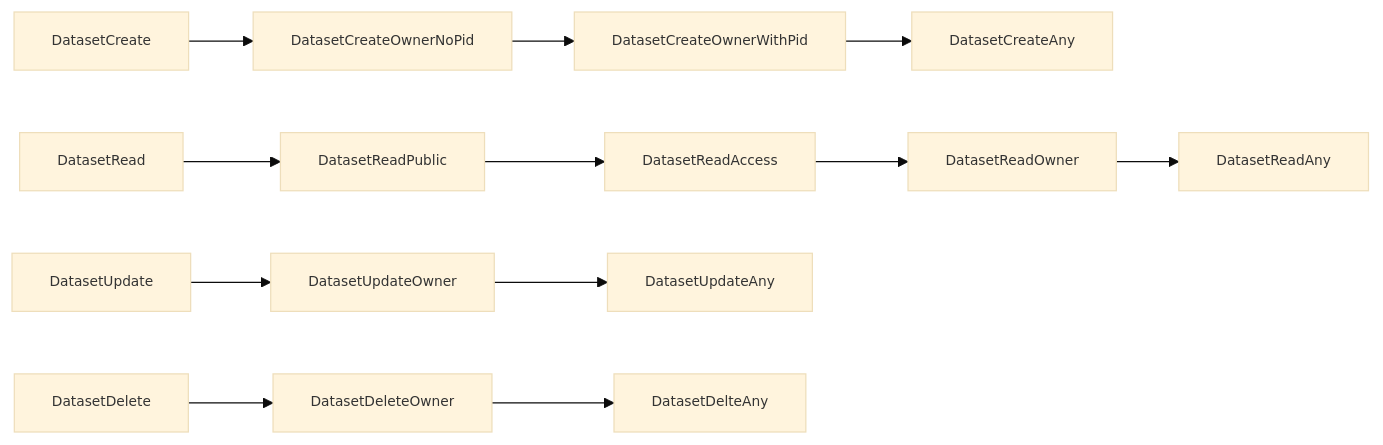
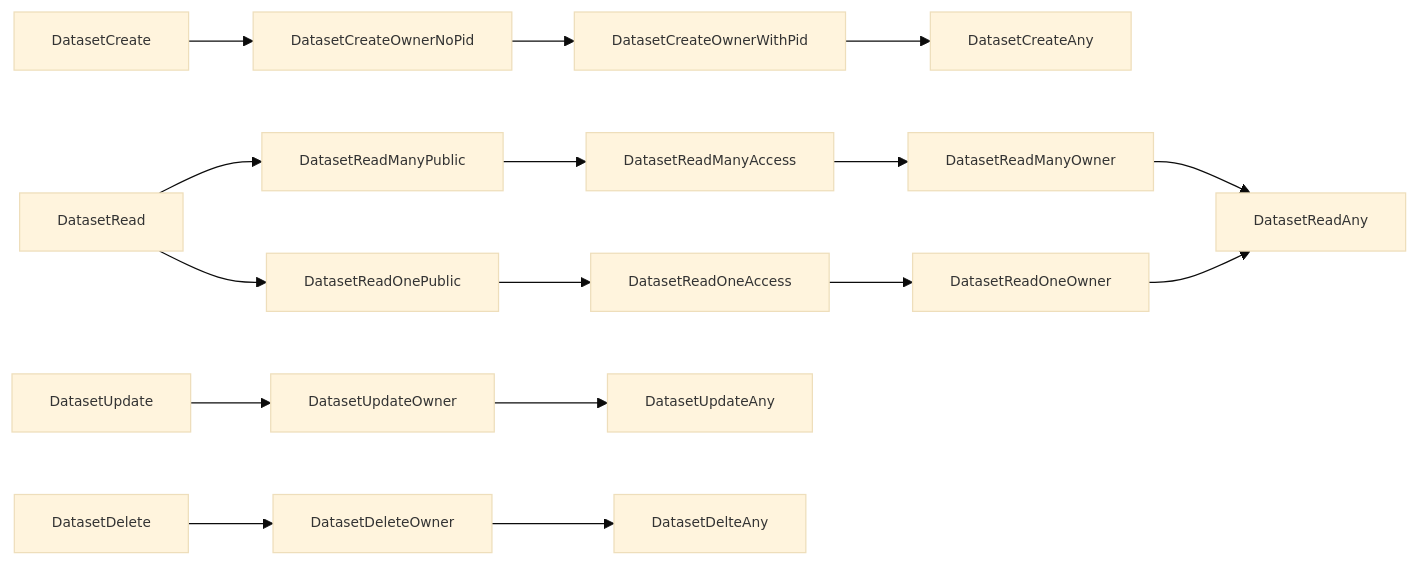
Before and after one commit to SciCatProject/documentation: the diagram in Development/v4.x/backend/authorization/authorization_datasets.md, drawn with Mermaid. The commit also changed other lines of this file and 2 other files, not shown here.

````diff
--- a/Development/v4.x/backend/authorization/authorization_datasets.md
+++ b/Development/v4.x/backend/authorization/authorization_datasets.md
@@ -67,15 +70,19 @@
 ```mermaid
 %%{init: {'theme' : 'base', 'themeVariables': { 'fontSize': '11px', 'fontFamily' : 'monospace'}}}%%
 graph LR;
     DatasetCreate-->DatasetCreateOwnerNoPid;
     DatasetCreateOwnerNoPid-->DatasetCreateOwnerWithPid;
     DatasetCreateOwnerWithPid-->DatasetCreateAny;
-    DatasetRead-->DatasetReadPublic;
-    DatasetReadPublic-->DatasetReadAccess;
-    DatasetReadAccess-->DatasetReadOwner;
-    DatasetReadOwner-->DatasetReadAny;
+    DatasetRead-->DatasetReadManyPublic;
+    DatasetReadManyPublic-->DatasetReadManyAccess;
+    DatasetReadManyAccess-->DatasetReadManyOwner;
+    DatasetReadManyOwner-->DatasetReadAny;
+    DatasetRead-->DatasetReadOnePublic;
+    DatasetReadOnePublic-->DatasetReadOneAccess;
+    DatasetReadOneAccess-->DatasetReadOneOwner;
+    DatasetReadOneOwner-->DatasetReadAny;
     DatasetUpdate-->DatasetUpdateOwner;
     DatasetUpdateOwner-->DatasetUpdateAny;
     DatasetDelete-->DatasetDeleteOwner;
     DatasetDeleteOwner-->DatasetDelteAny;
 ```
````
